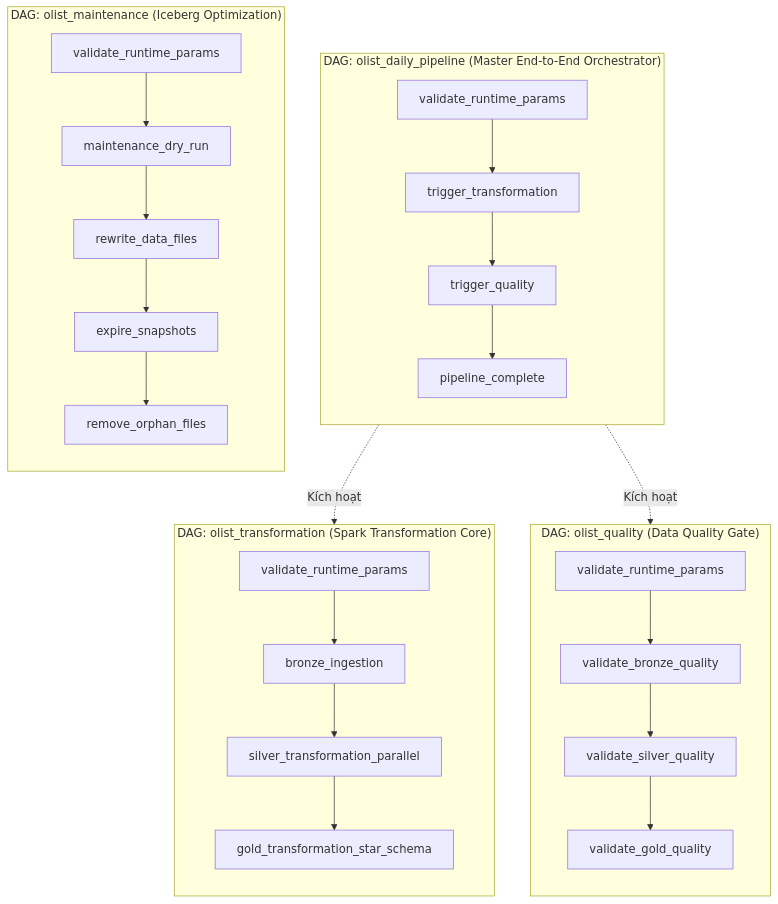
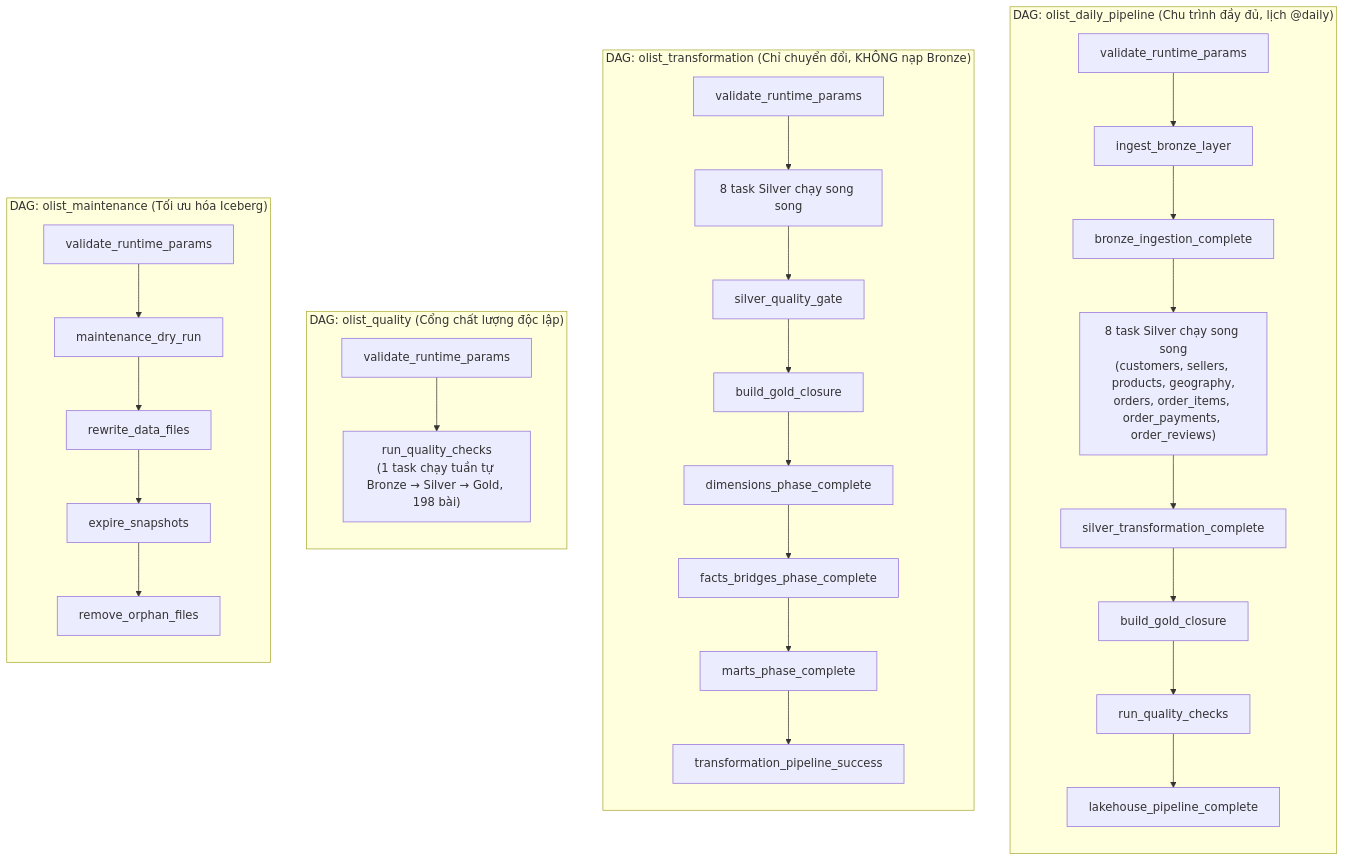
One commit to TamDaE2k5/modern_lakehouse_with_olist-dataset changed the diagram in README.md. Above: the diagram before and after it, drawn with Mermaid. The commit also changed other lines of this file and 5 other files, not shown here.

````diff
--- a/README.md
+++ b/README.md
@@ -186,34 +200,35 @@
 ```mermaid
 flowchart TD
-    subgraph olist_daily_pipeline ["DAG: olist_daily_pipeline (Master End-to-End Orchestrator)"]
+    subgraph olist_daily_pipeline ["DAG: olist_daily_pipeline (Chu trình đầy đủ, lịch @daily)"]
         direction TB
-        V1[validate_runtime_params] --> TR[trigger_transformation]
-        TR --> TQ[trigger_quality]
-        TQ --> C1[pipeline_complete]
+        V1[validate_runtime_params] --> BZ[ingest_bronze_layer]
+        BZ --> BC[bronze_ingestion_complete]
+        BC --> SV["8 task Silver chạy song song<br/>(customers, sellers, products, geography,<br/>orders, order_items, order_payments, order_reviews)"]
+        SV --> SC[silver_transformation_complete]
+        SC --> GD[build_gold_closure]
+        GD --> QC[run_quality_checks]
+        QC --> C1[lakehouse_pipeline_complete]
     end
 
-    subgraph olist_transformation ["DAG: olist_transformation (Spark Transformation Core)"]
+    subgraph olist_transformation ["DAG: olist_transformation (Chỉ chuyển đổi, KHÔNG nạp Bronze)"]
         direction TB
-        V2[validate_runtime_params] --> BZ[bronze_ingestion]
-        BZ --> SV[silver_transformation_parallel]
-        SV --> GD[gold_transformation_star_schema]
+        V2[validate_runtime_params] --> SV2["8 task Silver chạy song song"]
+        SV2 --> SG[silver_quality_gate]
+        SG --> GD2[build_gold_closure]
+        GD2 --> DC[dimensions_phase_complete] --> FC[facts_bridges_phase_complete]
+        FC --> MC[marts_phase_complete] --> PS[transformation_pipeline_success]
     end
 
-    subgraph olist_quality ["DAG: olist_quality (Data Quality Gate)"]
+    subgraph olist_quality ["DAG: olist_quality (Cổng chất lượng độc lập)"]
         direction TB
-        V3[validate_runtime_params] --> QB[validate_bronze_quality]
-        QB --> QS[validate_silver_quality]
-        QS --> QG[validate_gold_quality]
+        V3[validate_runtime_params] --> QB["run_quality_checks<br/>(1 task chạy tuần tự Bronze → Silver → Gold, 198 bài)"]
     end
 
-    subgraph olist_maintenance ["DAG: olist_maintenance (Iceberg Optimization)"]
+    subgraph olist_maintenance ["DAG: olist_maintenance (Tối ưu hóa Iceberg)"]
         direction TB
         V4[validate_runtime_params] --> MDR[maintenance_dry_run]
         MDR --> RWF[rewrite_data_files]
         RWF --> EXP[expire_snapshots]
         EXP --> ROF[remove_orphan_files]
     end
-
-    TR -. Kích hoạt .-> olist_transformation
-    TQ -. Kích hoạt .-> olist_quality
 ```
````
